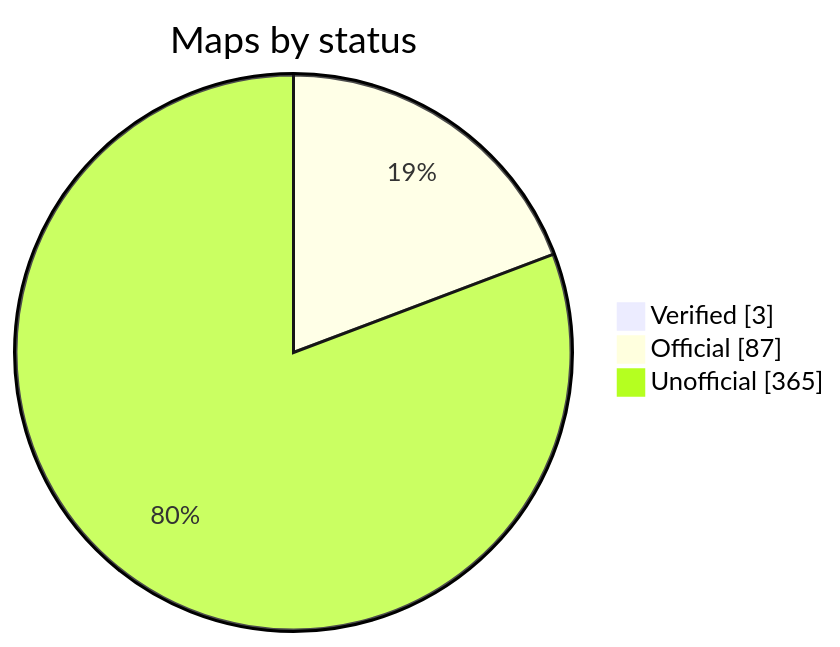
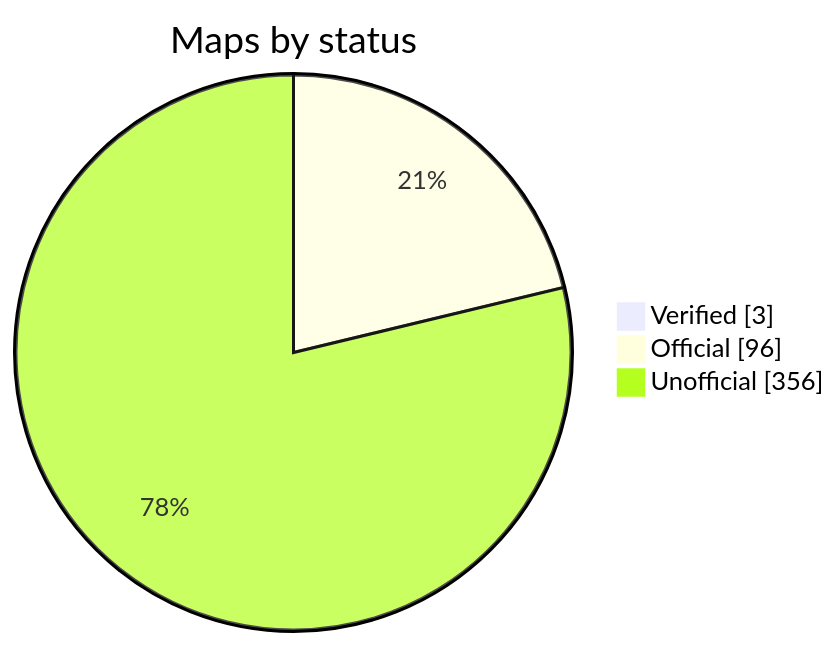
One commit to nobrega8/mbmap-library changed the diagram in README.md. Above: the diagram before and after it, drawn with Mermaid. The commit also changed 1 other file, not shown here.

Commit message:
Update the index

````diff
--- a/README.md
+++ b/README.md
@@ -48,7 +48,7 @@
 ```mermaid
 pie showData
     title Maps by status
     "Verified" : 3
-    "Official" : 87
-    "Unofficial" : 365
+    "Official" : 96
+    "Unofficial" : 356
 ```
````
